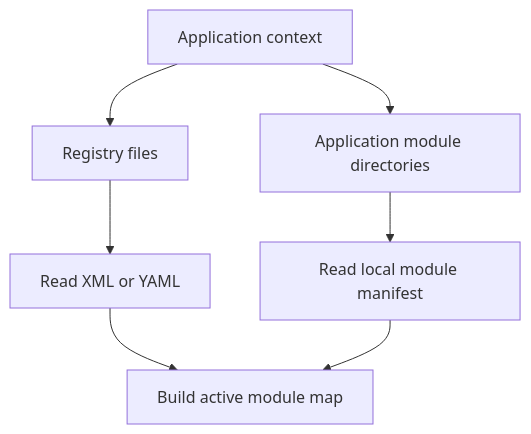
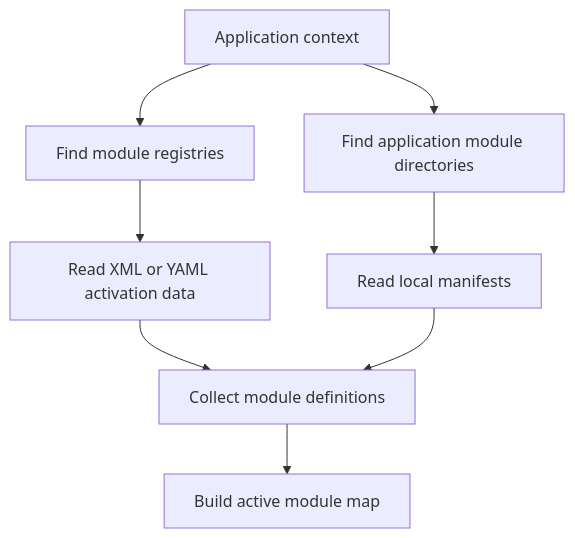
The second of 4 diagrams in documentation/handbook/05-modules-and-manifests.md (shuklasp/spp), drawn with Mermaid before and after one commit. The commit also changed other lines of this file, not shown here.

````diff
--- a/documentation/handbook/05-modules-and-manifests.md
+++ b/documentation/handbook/05-modules-and-manifests.md
@@ -39,9 +165,10 @@
 ```mermaid
 flowchart TD
-    A[Application context] --> B[Registry files]
-    A --> C[Application module directories]
-    B --> D[Read XML or YAML]
-    C --> E[Read local module manifest]
-    D --> F[Build active module map]
+    A[Application context] --> B[Find module registries]
+    A --> C[Find application module directories]
+    B --> D[Read XML or YAML activation data]
+    C --> E[Read local manifests]
+    D --> F[Collect module definitions]
     E --> F
+    F --> G[Build active module map]
 ```
````
